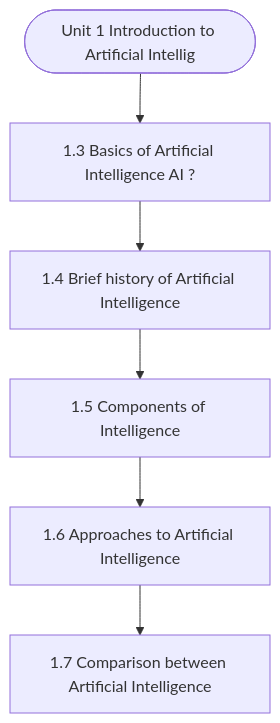
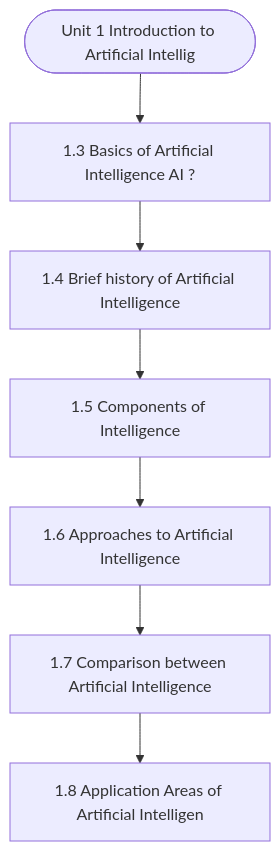
One commit to Asutosh-Coaching/mscdsa changed the diagram in notes/Semester_2/MCS-224_Artificial_Intelligence_&_Machine_Learning/unit_01_Introduction_to_Artificial_Intelligence.md. Above: the diagram before and after it, drawn with Mermaid. The commit also changed other lines of this file and 116 other files, not shown here.

````diff
--- a/notes/Semester_2/MCS-224_Artificial_Intelligence_&_Machine_Learning/unit_01_Introduction_to_Artificial_Intelligence.md
+++ b/notes/Semester_2/MCS-224_Artificial_Intelligence_&_Machine_Learning/unit_01_Introduction_to_Artificial_Intelligence.md
@@ -19,14 +19,16 @@
 ```mermaid
 flowchart TD
   Start(["Unit 1 Introduction to Artificial Intellig"])
   N1["1.3 Basics of Artificial Intelligence AI ?"]
   N2["1.4 Brief history of Artificial Intelligence"]
   N3["1.5 Components of Intelligence"]
   N4["1.6 Approaches to Artificial Intelligence"]
   N5["1.7 Comparison between Artificial Intelligence"]
+  N6["1.8 Application Areas of Artificial Intelligen"]
   Start --> N1
   N1 --> N2
   N2 --> N3
   N3 --> N4
   N4 --> N5
+  N5 --> N6
 ```
````
